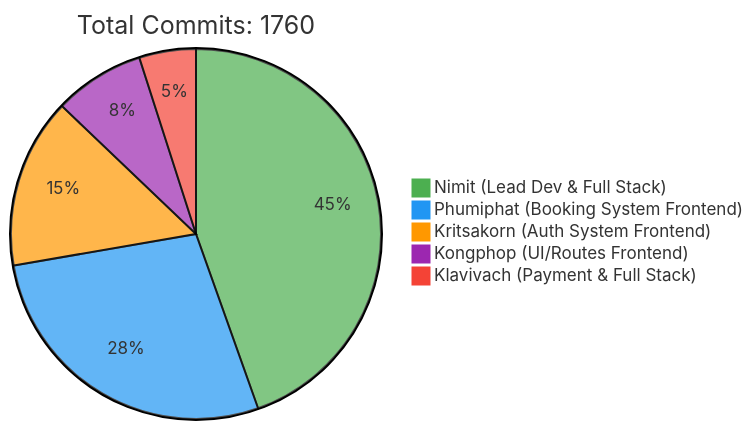
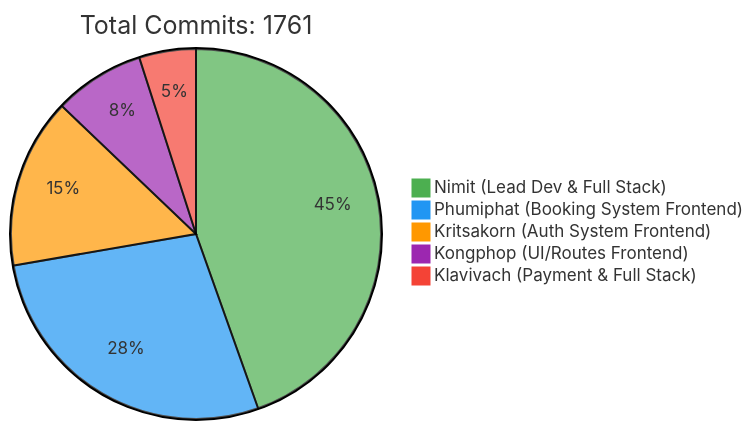
The first of 2 diagrams in README.md (6531503042/Sport-Complex), drawn with Mermaid before and after one commit. The commit also changed other lines of this file, not shown here.

Commit message:
docs: Update contributor statistics [skip ci]

````diff
--- a/README.md
+++ b/README.md
@@ -257,10 +257,10 @@
 ```mermaid
 %%{init: {'theme': 'base', 'themeVariables': { 'pie1': '#4CAF50', 'pie2': '#2196F3', 'pie3': '#FF9800', 'pie4': '#9C27B0', 'pie5': '#F44336'}}}%%
 pie
-    title Total Commits: 1760
+    title Total Commits: 1761
     "Nimit (Lead Dev & Full Stack)" : 450
     "Phumiphat (Booking System Frontend)" : 280
     "Kritsakorn (Auth System Frontend)" : 150
     "Kongphop (UI/Routes Frontend)" : 80
     "Klavivach (Payment & Full Stack)" : 50
 ```
````
